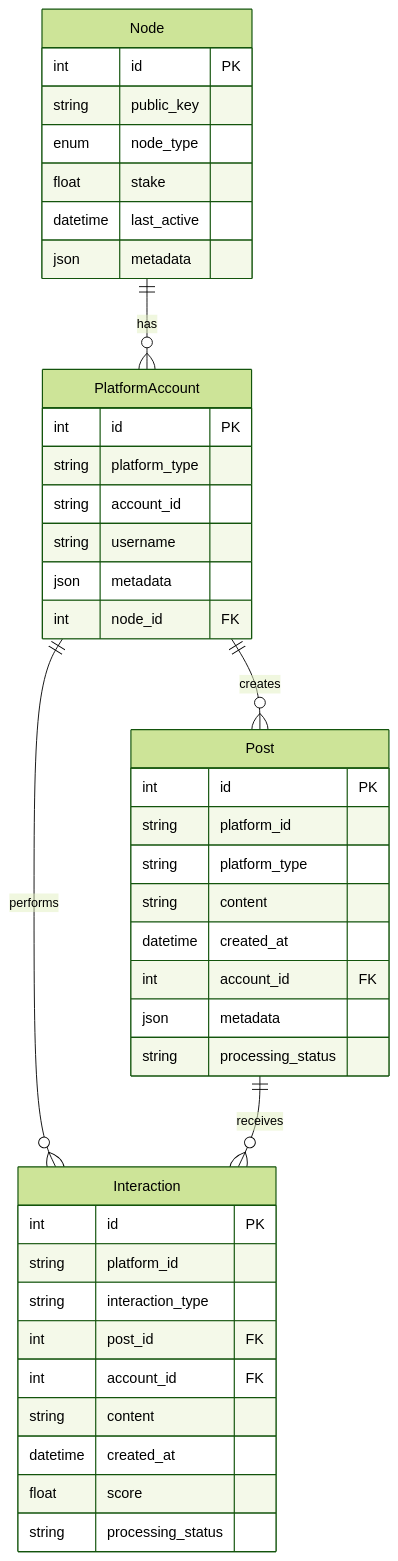
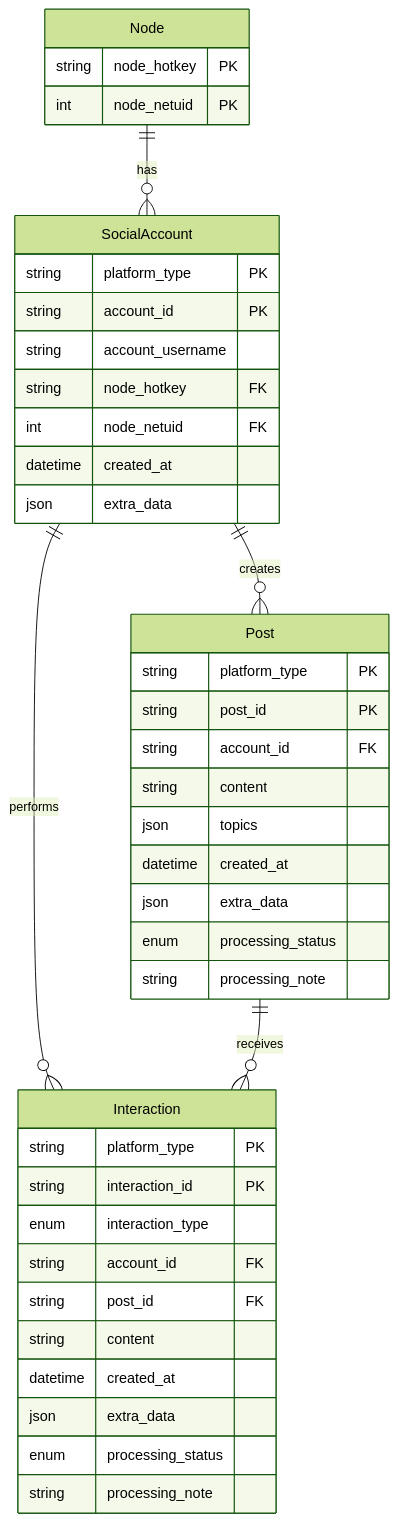
Before and after one commit to NuanceNetwork/Nuance: the diagram in docs/dev/db_schema.md, drawn with Mermaid (forest theme). The commit also changed 16 other files, not shown here.

````diff
--- a/docs/dev/db_schema.md
+++ b/docs/dev/db_schema.md
@@ -1,48 +1,47 @@
 ```mermaid
 erDiagram
-    Node ||--o{ PlatformAccount : "has"
-    PlatformAccount ||--o{ Post : "creates"
-    PlatformAccount ||--o{ Interaction : "performs"
+    Node ||--o{ SocialAccount : "has"
+    SocialAccount ||--o{ Post : "creates"
+    SocialAccount ||--o{ Interaction : "performs"
     Post ||--o{ Interaction : "receives"
     
     Node {
-        int id PK
-        string public_key
-        enum node_type
-        float stake
-        datetime last_active
-        json metadata
+        string node_hotkey PK
+        int node_netuid PK
     }
     
-    PlatformAccount {
-        int id PK
-        string platform_type
-        string account_id
-        string username
-        json metadata
-        int node_id FK
+    SocialAccount {
+        string platform_type PK
+        string account_id PK
+        string account_username
+        string node_hotkey FK
+        int node_netuid FK
+        datetime created_at
+        json extra_data
     }
     
     Post {
-        int id PK
-        string platform_id
-        string platform_type
+        string platform_type PK
+        string post_id PK
+        string account_id FK
         string content
+        json topics
         datetime created_at
-        int account_id FK
-        json metadata
-        string processing_status
+        json extra_data
+        enum processing_status
+        string processing_note
     }
     
     Interaction {
-        int id PK
-        string platform_id
-        string interaction_type
-        int post_id FK
-        int account_id FK
+        string platform_type PK
+        string interaction_id PK
+        enum interaction_type
+        string account_id FK
+        string post_id FK
         string content
         datetime created_at
-        float score
-        string processing_status
+        json extra_data
+        enum processing_status
+        string processing_note
     }
 ```
````
